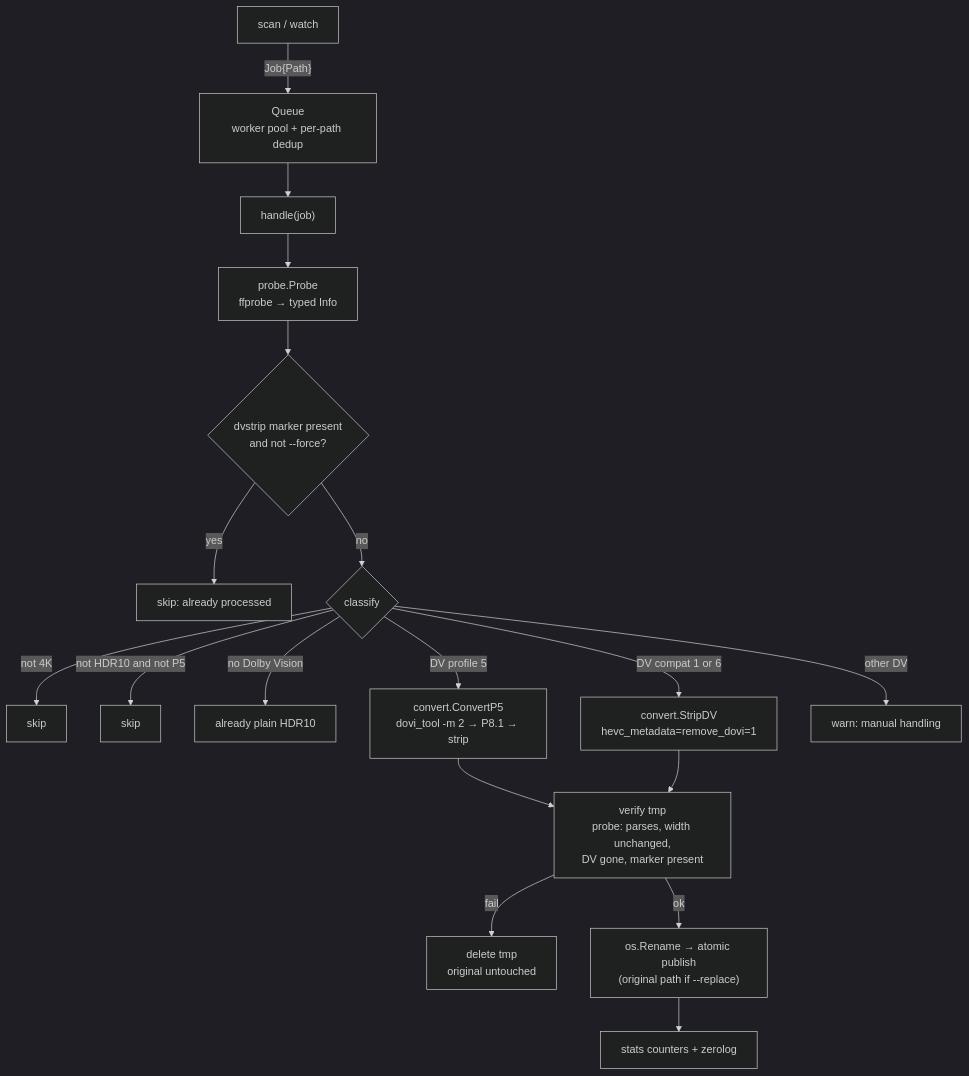
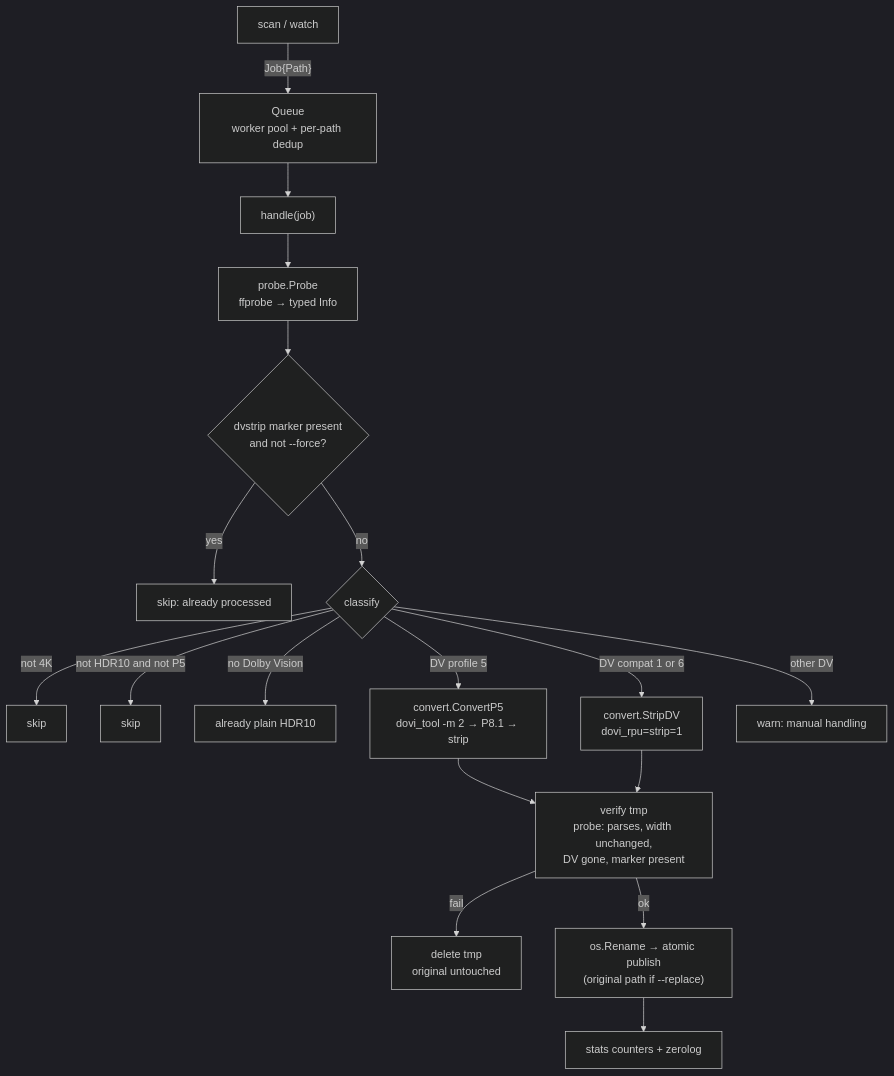
Before and after one commit to Belphemur/dvstrip: the diagram in docs/how-it-works.md, drawn with Mermaid (dark theme). The commit also changed other lines of this file and 9 other files, not shown here.

````diff
--- a/docs/how-it-works.md
+++ b/docs/how-it-works.md
@@ -7,20 +7,20 @@
 ```mermaid
 flowchart TD
     A["scan / watch"] -->|"Job{Path}"| Q["Queue<br/>worker pool + per-path dedup"]
     Q --> H["handle(job)"]
     H --> P["probe.Probe<br/>ffprobe → typed Info"]
     P --> M{"dvstrip marker present<br/>and not --force?"}
     M -->|"yes"| S1["skip: already processed"]
     M -->|"no"| C{"classify"}
     C -->|"not 4K"| S2["skip"]
     C -->|"not HDR10 and not P5"| S3["skip"]
     C -->|"no Dolby Vision"| S4["already plain HDR10"]
     C -->|"DV profile 5"| P5["convert.ConvertP5<br/>dovi_tool -m 2 → P8.1 → strip"]
-    C -->|"DV compat 1 or 6"| SD["convert.StripDV<br/>hevc_metadata=remove_dovi=1"]
+    C -->|"DV compat 1 or 6"| SD["convert.StripDV<br/>dovi_rpu=strip=1"]
     C -->|"other DV"| W["warn: manual handling"]
     P5 --> V["verify tmp<br/>probe: parses, width unchanged,<br/>DV gone, marker present"]
     SD --> V
     V -->|"fail"| E["delete tmp<br/>original untouched"]
     V -->|"ok"| R["os.Rename → atomic publish<br/>(original path if --replace)"]
     R --> ST["stats counters + zerolog"]
 ```
````
